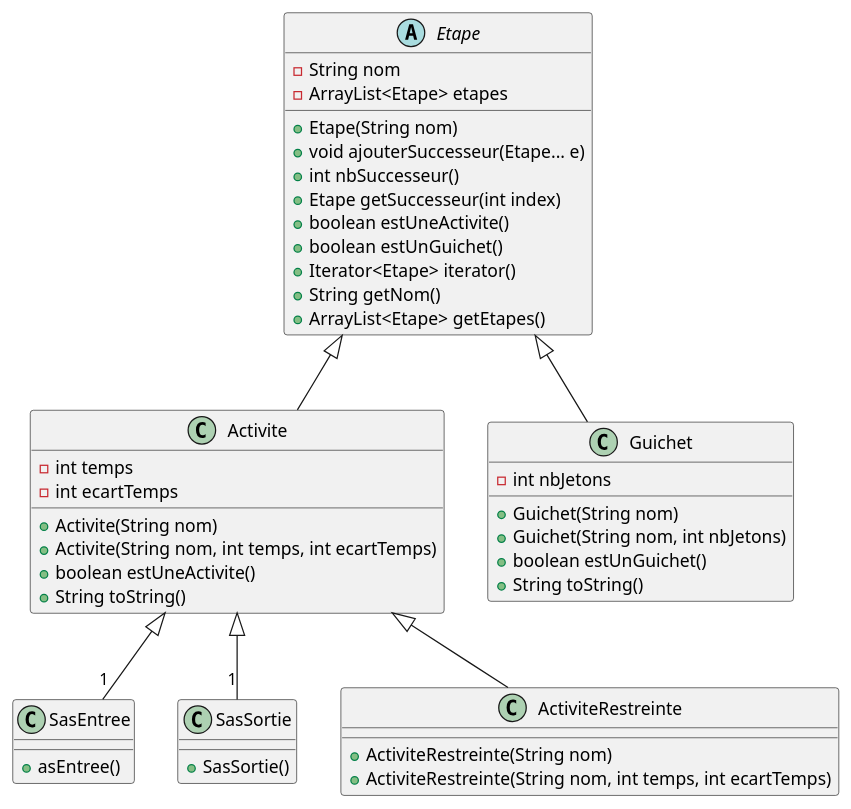
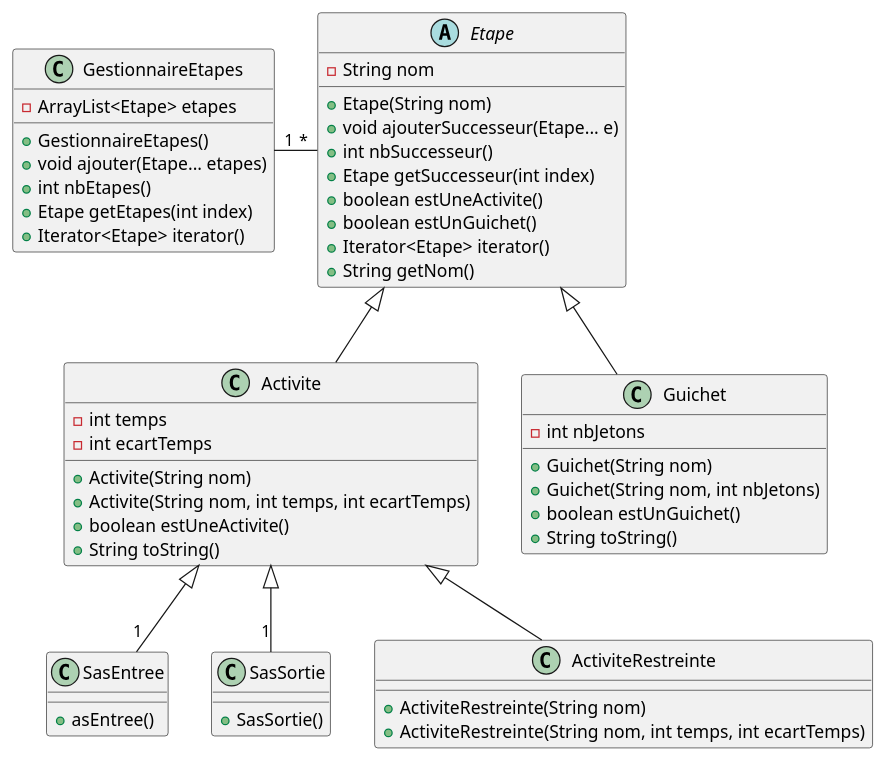
Before and after one commit to NicolasRes/Twisk: the diagram in Diagramme.puml, drawn with PlantUML.

Commit message:
Ajout GestionnaireEtapes

```diff
--- a/Diagramme.puml
+++ b/Diagramme.puml
@@ -1,54 +1,62 @@
 @startuml
 'https://plantuml.com/class-diagram
 
 Etape <|-- Activite
 Etape <|-- Guichet
 Activite <|--"1" SasEntree
 Activite <|--"1" SasSortie
 Activite <|-- ActiviteRestreinte
+GestionnaireEtapes "1"-right-"*" Etape
 
 class Activite {
 - int temps
 - int ecartTemps
 + Activite(String nom)
 + Activite(String nom, int temps, int ecartTemps)
 + boolean estUneActivite()
 + String toString()
 }
 
 class ActiviteRestreinte {
 + ActiviteRestreinte(String nom)
 + ActiviteRestreinte(String nom, int temps, int ecartTemps)
 }
 
 abstract class Etape {
 - String nom
-- ArrayList<Etape> etapes
 + Etape(String nom)
 + void ajouterSuccesseur(Etape... e)
 + int nbSuccesseur()
 + Etape getSuccesseur(int index)
 + boolean estUneActivite()
 + boolean estUnGuichet()
 + Iterator<Etape> iterator()
 + String getNom()
-+ ArrayList<Etape> getEtapes()
+}
+
+class GestionnaireEtapes {
+- ArrayList<Etape> etapes
++ GestionnaireEtapes()
++ void ajouter(Etape... etapes)
++ int nbEtapes()
++ Etape getEtapes(int index)
++ Iterator<Etape> iterator()
 }
 
 class Guichet {
 - int nbJetons
 + Guichet(String nom)
 + Guichet(String nom, int nbJetons)
 + boolean estUnGuichet()
 + String toString()
 }
 
 class SasEntree {
 + asEntree()
 }
 
 class SasSortie {
 + SasSortie()
 }
 
 @enduml
```
